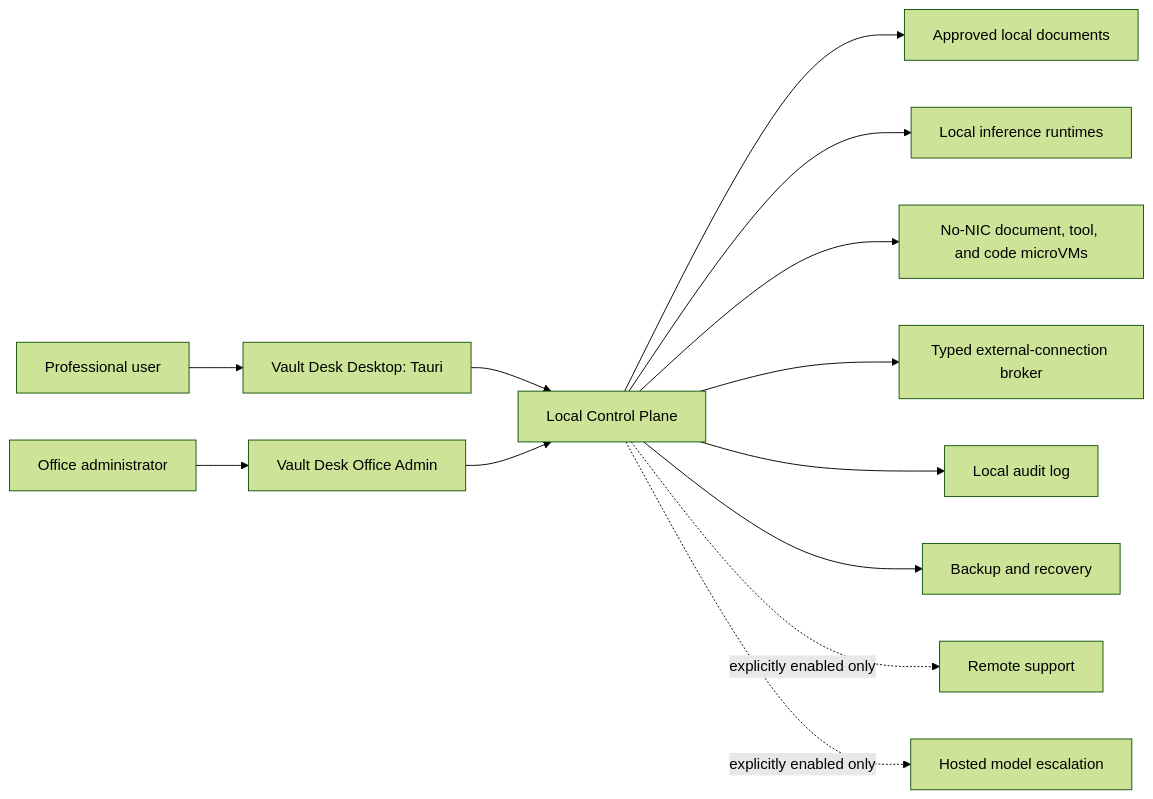
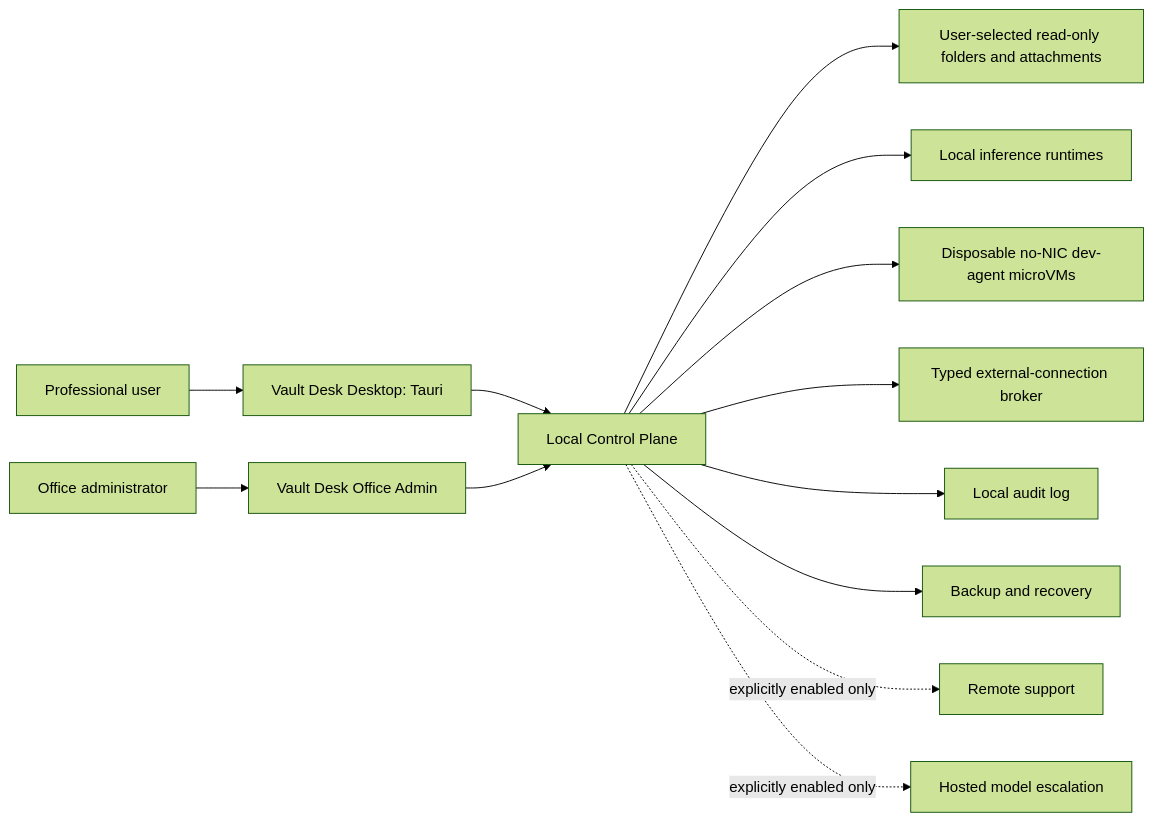
The diagram in docs/diagrams/system-context.md (alex-alecu/vault-desk), drawn with Mermaid (forest theme) before and after one commit. The commit also changed other lines of this file and 96 other files, not shown here.

````diff
--- a/docs/diagrams/system-context.md
+++ b/docs/diagrams/system-context.md
@@ -5,18 +5,18 @@
 ```mermaid
 flowchart LR
     User["Professional user"] --> Desktop["Vault Desk Desktop: Tauri"]
     Admin["Office administrator"] --> OfficeAdmin["Vault Desk Office Admin"]
 
     Desktop --> Control["Local Control Plane"]
     OfficeAdmin --> Control
 
-    Control --> Documents["Approved local documents"]
+    Control --> Documents["User-selected read-only folders and attachments"]
     Control --> Inference["Local inference runtimes"]
-    Control --> Sandbox["No-NIC document, tool, and code microVMs"]
+    Control --> Sandbox["Disposable no-NIC dev-agent microVMs"]
     Control --> NetworkBroker["Typed external-connection broker"]
     Control --> Audit["Local audit log"]
     Control --> Backup["Backup and recovery"]
 
     Control -. "explicitly enabled only" .-> RemoteSupport["Remote support"]
     Control -. "explicitly enabled only" .-> HostedEscalation["Hosted model escalation"]
 ```
````
